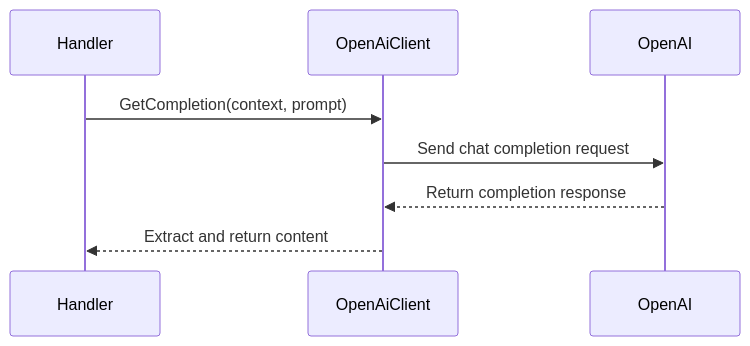
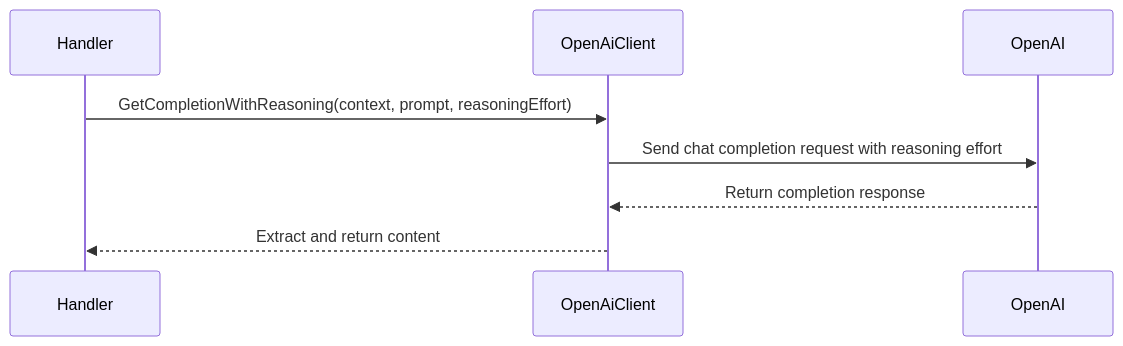
One commit to it-beard/evo-bot-go changed the third of 4 diagrams in .qoder/repowiki/en/content/AI-Powered Search/AI-Powered Search.md. Above: the diagram before and after it, drawn with Mermaid. The commit also changed other lines of this file and 14 other files, not shown here.

````diff
--- a/.qoder/repowiki/en/content/AI-Powered Search/AI-Powered Search.md
+++ b/.qoder/repowiki/en/content/AI-Powered Search/AI-Powered Search.md
@@ -117,10 +124,10 @@
 ```mermaid
 sequenceDiagram
 participant Handler
 participant OpenAiClient
 participant OpenAI
-Handler->>OpenAiClient : GetCompletion(context, prompt)
-OpenAiClient->>OpenAI : Send chat completion request
+Handler->>OpenAiClient : GetCompletionWithReasoning(context, prompt, reasoningEffort)
+OpenAiClient->>OpenAI : Send chat completion request with reasoning effort
 OpenAI-->>OpenAiClient : Return completion response
 OpenAiClient-->>Handler : Extract and return content
 ```
````
